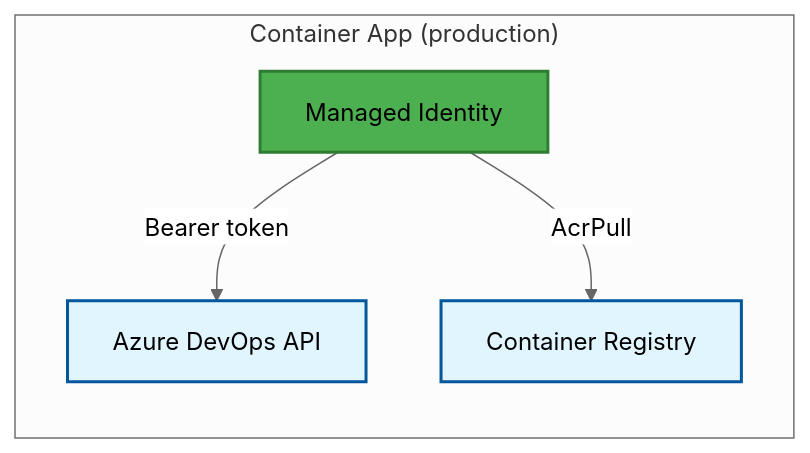
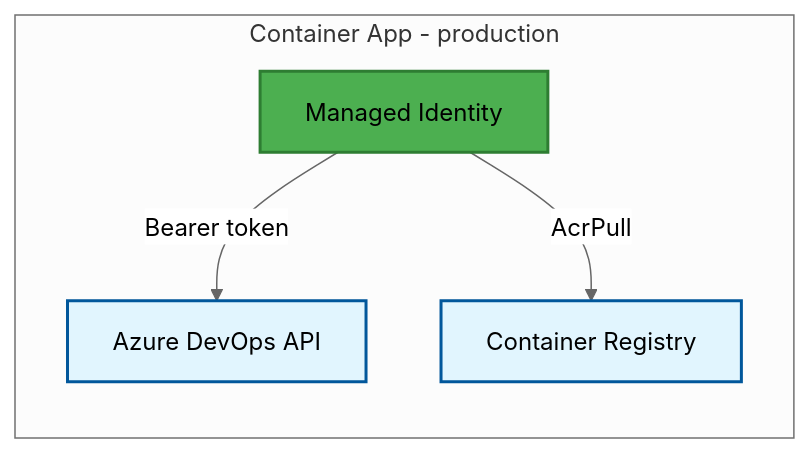
Before and after one commit to victorvos/devops_agent: the fifth of 8 diagrams in README.md, drawn with Mermaid (neutral theme). The commit also changed other lines of this file and 37 other files, not shown here.

First line of the commit message:
Add enterprise LangGraph orchestrator and fix Mermaid for GitHub (#1)

````diff
--- a/README.md
+++ b/README.md
@@ -200,13 +373,13 @@
 ```mermaid
 flowchart LR
-    subgraph "Container App (production)"
+    subgraph prod_aca["Container App - production"]
         MI["Managed Identity"]
         MI -->|"Bearer token"| ADO["Azure DevOps API"]
         MI -->|"AcrPull"| ACR["Container Registry"]
     end
 
     %% Styling
     style MI fill:#4caf50,stroke:#2e7d32,stroke-width:2px,color:#000000
     style ADO fill:#e1f5fe,stroke:#01579b,stroke-width:2px,color:#000000
     style ACR fill:#e1f5fe,stroke:#01579b,stroke-width:2px,color:#000000
 ```
````
